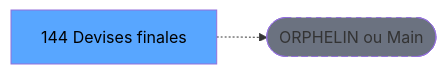
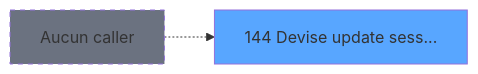
The second of 3 diagrams in .openspec/specs/ADH-IDE-144.md (thonyAGP/magic-migration), drawn with Mermaid before and after one commit. The commit also changed other lines of this file and 311 other files, not shown here.

````diff
--- a/.openspec/specs/ADH-IDE-144.md
+++ b/.openspec/specs/ADH-IDE-144.md
@@ -124,8 +160,8 @@
 ```mermaid
 graph LR
-    T[144 Devises finales]
-    ORPHAN([ORPHELIN ou Main])
-    T -.-> ORPHAN
-    style T fill:#58a6ff,color:#000
-    style ORPHAN fill:#6b7280,stroke-dasharray: 5 5
+    T144[144 Devise update sess...]
+    style T144 fill:#58a6ff
+    NONE[Aucun caller]
+    NONE -.-> T144
+    style NONE fill:#6b7280,stroke-dasharray: 5 5
 ```
````
